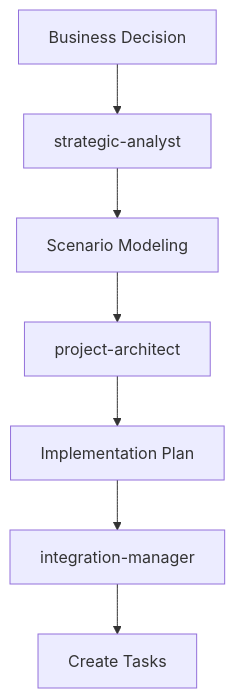
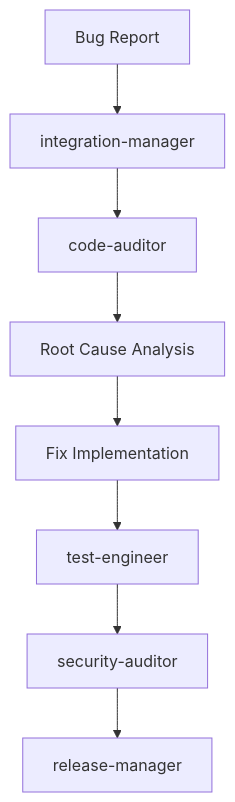
Before and after one commit to ramccor/Claude-Command-Suite: the third of 3 diagrams in .claude/agents/README.md, drawn with Mermaid. The commit also changed other lines of this file and 2 other files, not shown here.

````diff
--- a/.claude/agents/README.md
+++ b/.claude/agents/README.md
@@ -75,9 +244,10 @@
 ```mermaid
 graph TD
-    A[Business Decision] --> B[strategic-analyst]
-    B --> C[Scenario Modeling]
-    C --> D[project-architect]
-    D --> E[Implementation Plan]
-    E --> F[integration-manager]
-    F --> G[Create Tasks]
+    A[Bug Report] --> B[integration-manager]
+    B --> C[code-auditor]
+    C --> D[Root Cause Analysis]
+    D --> E[Fix Implementation]
+    E --> F[test-engineer]
+    F --> G[security-auditor]
+    G --> H[release-manager]
 ```
````
